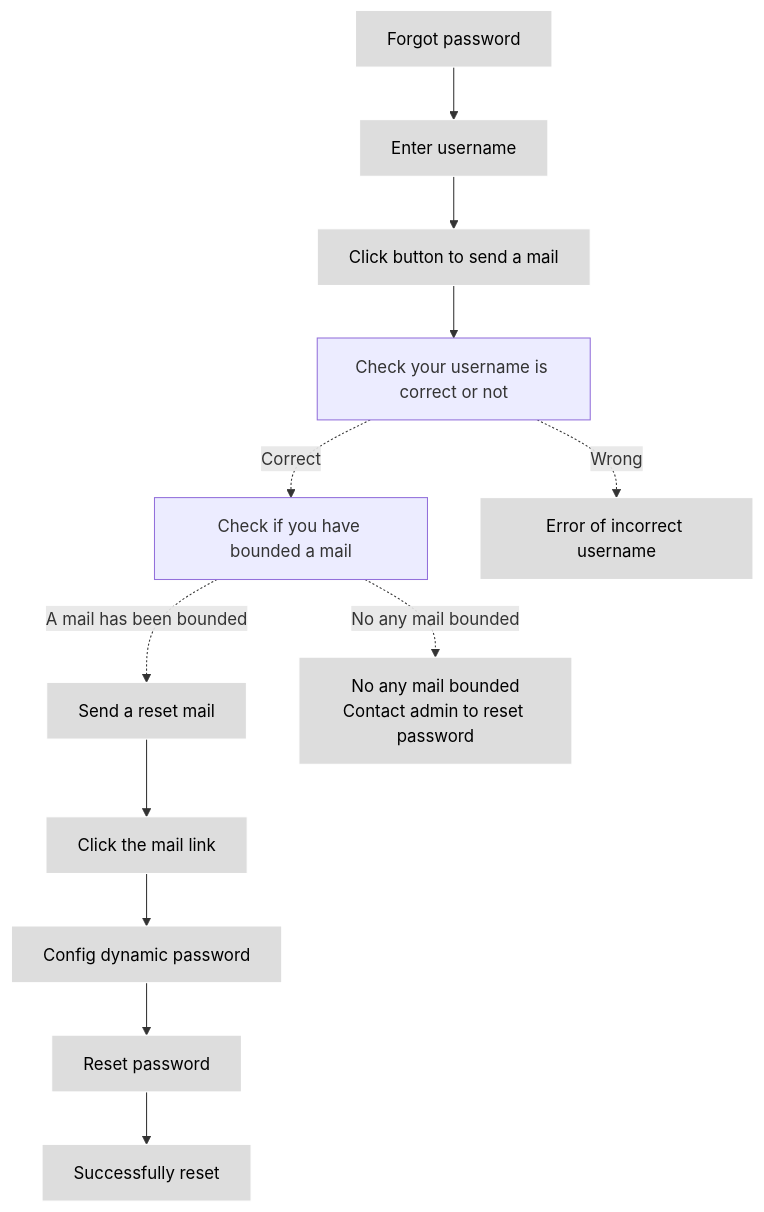
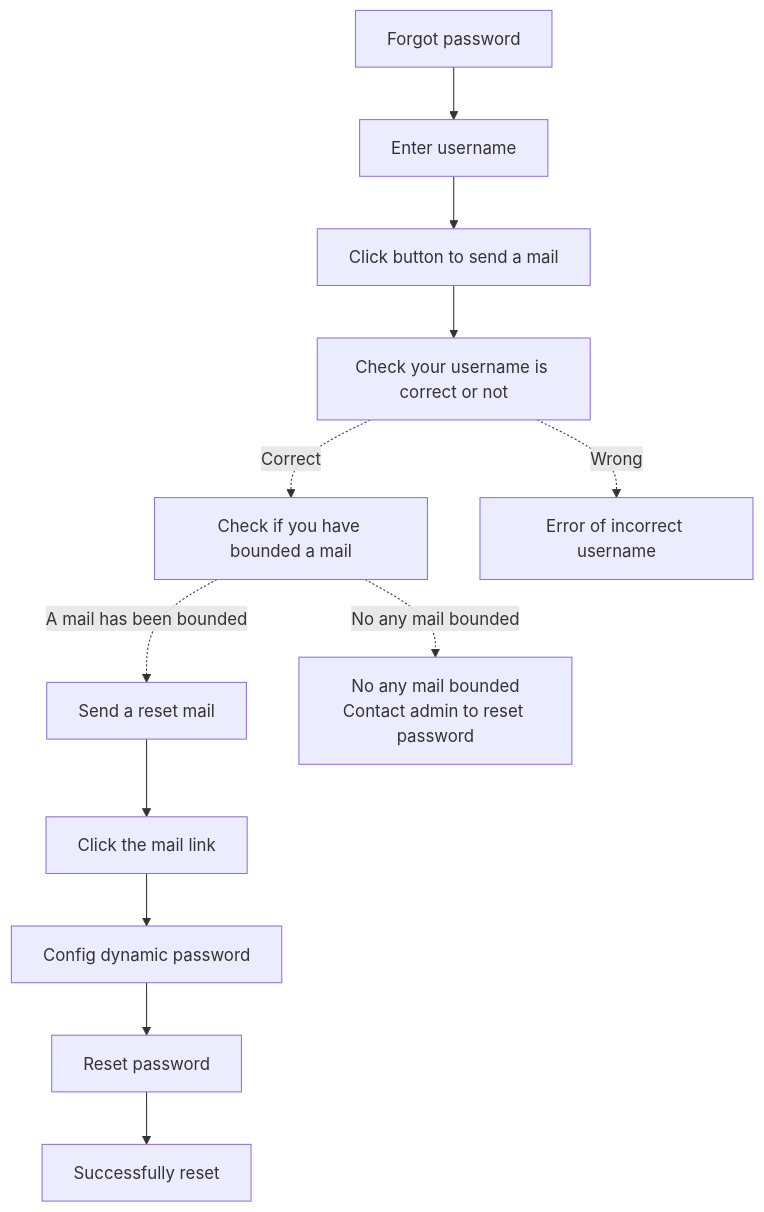
The diagram in docs/en/docs/ghippo/user-guide/password.md (DaoCloud/DaoCloud-docs), drawn with Mermaid before and after one commit. The commit also changed 40 other files, not shown here.

Commit message:
remove classdef and class from mermaid blocks globally (#7555)

````diff
--- a/docs/en/docs/ghippo/user-guide/password.md
+++ b/docs/en/docs/ghippo/user-guide/password.md
@@ -44,21 +44,15 @@
 ```mermaid
 graph TB
 
 pass[Forgot password] --> usern[Enter username]
 --> button[Click button to send a mail] --> judge1[Check your username is correct or not]
 
     judge1 -.Correct.-> judge2[Check if you have bounded a mail]
     judge1 -.Wrong.-> tip1[Error of incorrect username]
     
         judge2 -.A mail has been bounded.-> send[Send a reset mail]
         judge2 -.No any mail bounded.-> tip2[No any mail bounded<br>Contact admin to reset password]
         
 send --> click[Click the mail link] --> config[Config dynamic password] --> reset[Reset password]
 --> success[Successfully reset]
-
-classDef plain fill:#ddd,stroke:#fff,stroke-width:1px,color:#000;
-classDef k8s fill:#326ce5,stroke:#fff,stroke-width:1px,color:#fff;
-classDef cluster fill:#fff,stroke:#bbb,stroke-width:1px,color:#326ce5;
-
-class pass,usern,button,tip1,send,tip2,send,click,config,reset,success plain;
 ```
````
